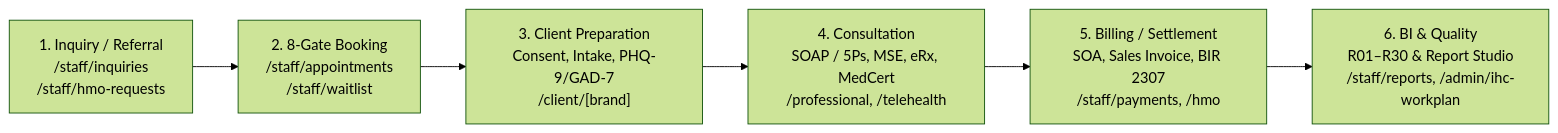
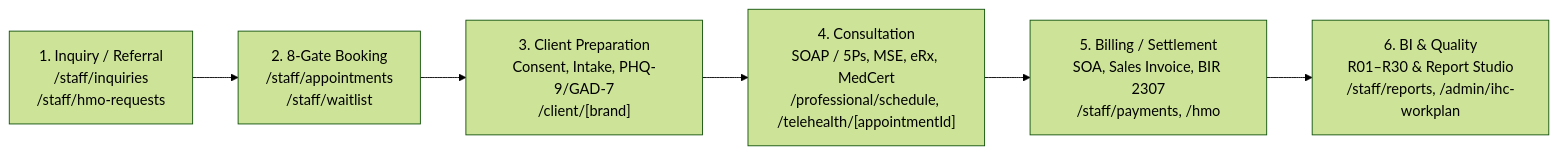
One commit to mykelu/mh-clinic-docs changed the diagram in decks/03-clinical-and-operations-user-deck.md. Above: the diagram before and after it, drawn with Mermaid (forest theme). The commit also changed other lines of this file and 31 other files, not shown here.

````diff
--- a/decks/03-clinical-and-operations-user-deck.md
+++ b/decks/03-clinical-and-operations-user-deck.md
@@ -9,8 +11,8 @@
 ```mermaid
 flowchart LR
   A["1. Inquiry / Referral\n/staff/inquiries\n/staff/hmo-requests"] --> B["2. 8-Gate Booking\n/staff/appointments\n/staff/waitlist"]
   B --> C["3. Client Preparation\nConsent, Intake, PHQ-9/GAD-7\n/client/[brand]"]
-  C --> D["4. Consultation\nSOAP / 5Ps, MSE, eRx, MedCert\n/professional, /telehealth"]
+  C --> D["4. Consultation\nSOAP / 5Ps, MSE, eRx, MedCert\n/professional/schedule, /telehealth/[appointmentId]"]
   D --> E["5. Billing / Settlement\nSOA, Sales Invoice, BIR 2307\n/staff/payments, /hmo"]
   E --> F["6. BI & Quality\nR01–R30 & Report Studio\n/staff/reports, /admin/ihc-workplan"]
 ```
````
